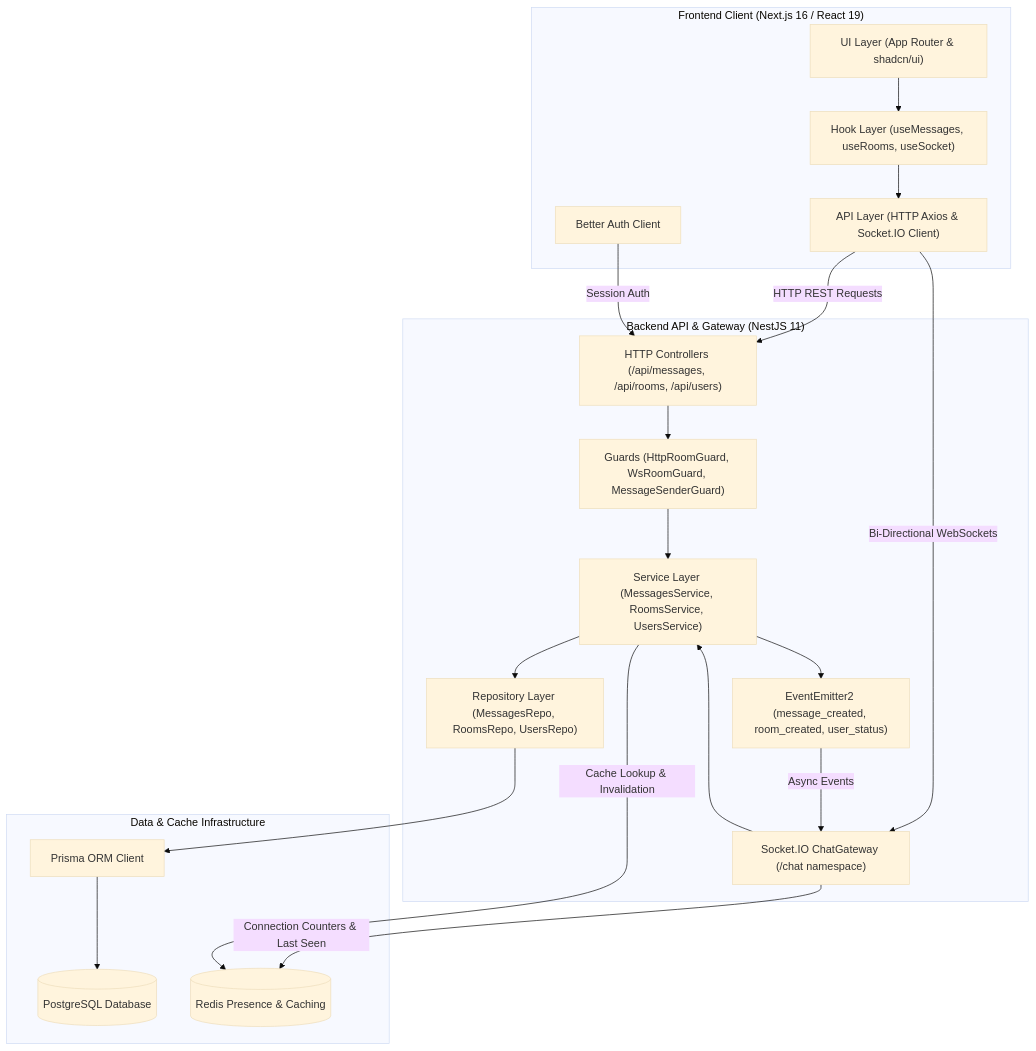
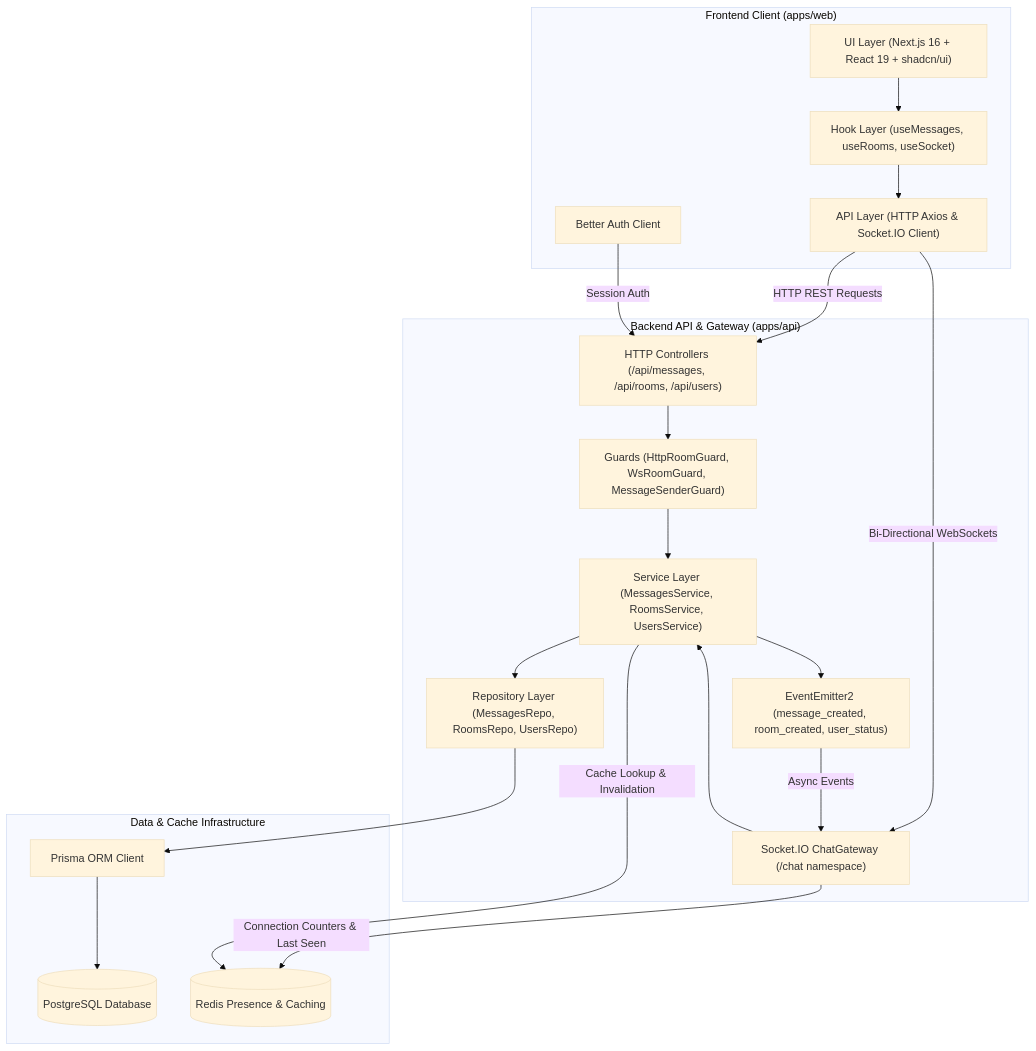
Before and after one commit to PrimeSlade/slade-chat: the first of 2 diagrams in README.md, drawn with Mermaid (base theme). The commit also changed other lines of this file and 208 other files, not shown here.

Commit message:
refactor: restructure workspace packages to apps/api and apps/web

````diff
--- a/README.md
+++ b/README.md
@@ -131,41 +131,41 @@
 ```mermaid
 graph TD
-    subgraph Client ["Frontend Client (Next.js 16 / React 19)"]
-        UI["UI Layer (App Router & shadcn/ui)"]
+    subgraph Client ["Frontend Client (apps/web)"]
+        UI["UI Layer (Next.js 16 + React 19 + shadcn/ui)"]
         Hooks["Hook Layer (useMessages, useRooms, useSocket)"]
         APILayer["API Layer (HTTP Axios & Socket.IO Client)"]
         AuthClient["Better Auth Client"]
     end
 
-    subgraph Backend ["Backend API & Gateway (NestJS 11)"]
+    subgraph Backend ["Backend API & Gateway (apps/api)"]
         MainGateway["Socket.IO ChatGateway (/chat namespace)"]
         Controllers["HTTP Controllers (/api/messages, /api/rooms, /api/users)"]
         Guards["Guards (HttpRoomGuard, WsRoomGuard, MessageSenderGuard)"]
         Services["Service Layer (MessagesService, RoomsService, UsersService)"]
         EventBus["EventEmitter2 (message_created, room_created, user_status)"]
         Repos["Repository Layer (MessagesRepo, RoomsRepo, UsersRepo)"]
     end
 
     subgraph Storage ["Data & Cache Infrastructure"]
         Postgres[(PostgreSQL Database)]
         RedisCache[(Redis Presence & Caching)]
         Prisma["Prisma ORM Client"]
     end
 
     UI --> Hooks
     Hooks --> APILayer
     APILayer -->|HTTP REST Requests| Controllers
     APILayer -->|Bi-Directional WebSockets| MainGateway
     AuthClient -->|Session Auth| Controllers
 
     Controllers --> Guards
     Guards --> Services
     MainGateway --> Services
     Services --> EventBus
     EventBus -->|Async Events| MainGateway
     Services --> Repos
     Repos --> Prisma
     Prisma --> Postgres
     MainGateway -->|Connection Counters & Last Seen| RedisCache
     Services -->|Cache Lookup & Invalidation| RedisCache
 ```
````
